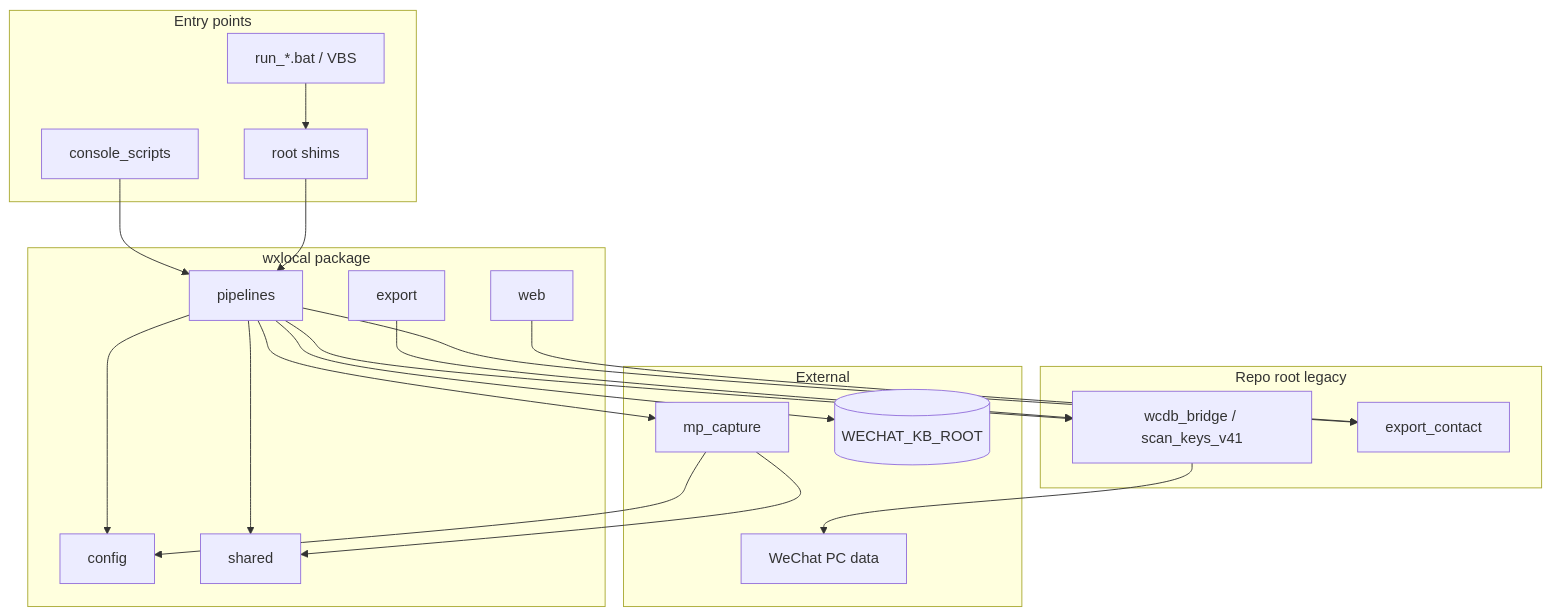
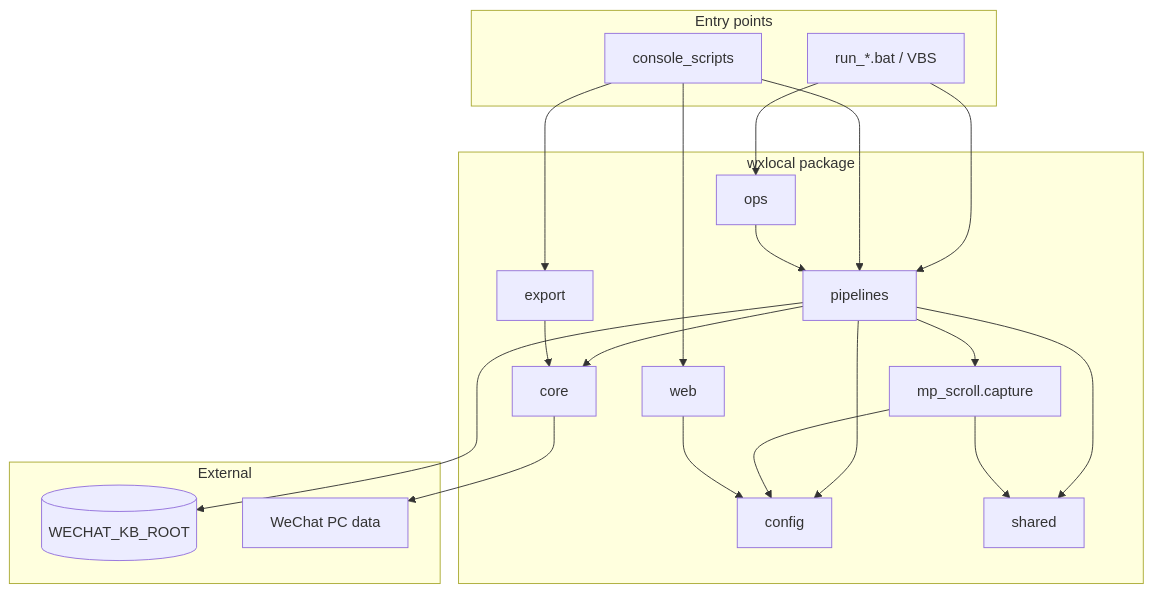
The diagram in docs/ARCHITECTURE.md (NinjaSln-labs/wxlocal), drawn with Mermaid before and after one commit. The commit also changed other lines of this file and 104 other files, not shown here.

First line of the commit message:
Release v0.2.0: remove root Python shims (R10).

````diff
--- a/docs/ARCHITECTURE.md
+++ b/docs/ARCHITECTURE.md
@@ -37,42 +37,40 @@
 ```mermaid
 flowchart TB
   subgraph entry [Entry points]
     BAT[run_*.bat / VBS]
     CS[console_scripts]
-    SHIM[root shims]
   end
 
   subgraph wxlocal_pkg [wxlocal package]
     CFG[config]
+    CORE[core]
     PIP[pipelines]
+    OPS[ops]
     SHR[shared]
     WEB[web]
     EXP[export]
-  end
-
-  subgraph legacy_root [Repo root legacy]
-    WCDB[wcdb_bridge / scan_keys_v41]
-    EXPCT[export_contact]
+    CAP[mp_scroll.capture]
   end
 
   subgraph external [External]
-    MP[mp_capture]
     KB[(WECHAT_KB_ROOT)]
     WX[WeChat PC data]
   end
 
-  BAT --> SHIM
+  BAT --> OPS
+  BAT --> PIP
   CS --> PIP
-  SHIM --> PIP
+  CS --> WEB
+  CS --> EXP
+  OPS --> PIP
   PIP --> CFG
   PIP --> SHR
-  PIP --> EXPCT
-  PIP --> WCDB
-  PIP --> MP
-  MP --> SHR
-  MP --> CFG
-  WEB --> EXPCT
-  EXP --> WCDB
+  PIP --> CORE
+  PIP --> CAP
+  CAP --> SHR
+  CAP --> CFG
+  WEB --> CFG
+  EXP --> CORE
   PIP --> KB
-  WCDB --> WX
+  CORE --> WX
 ```
````
